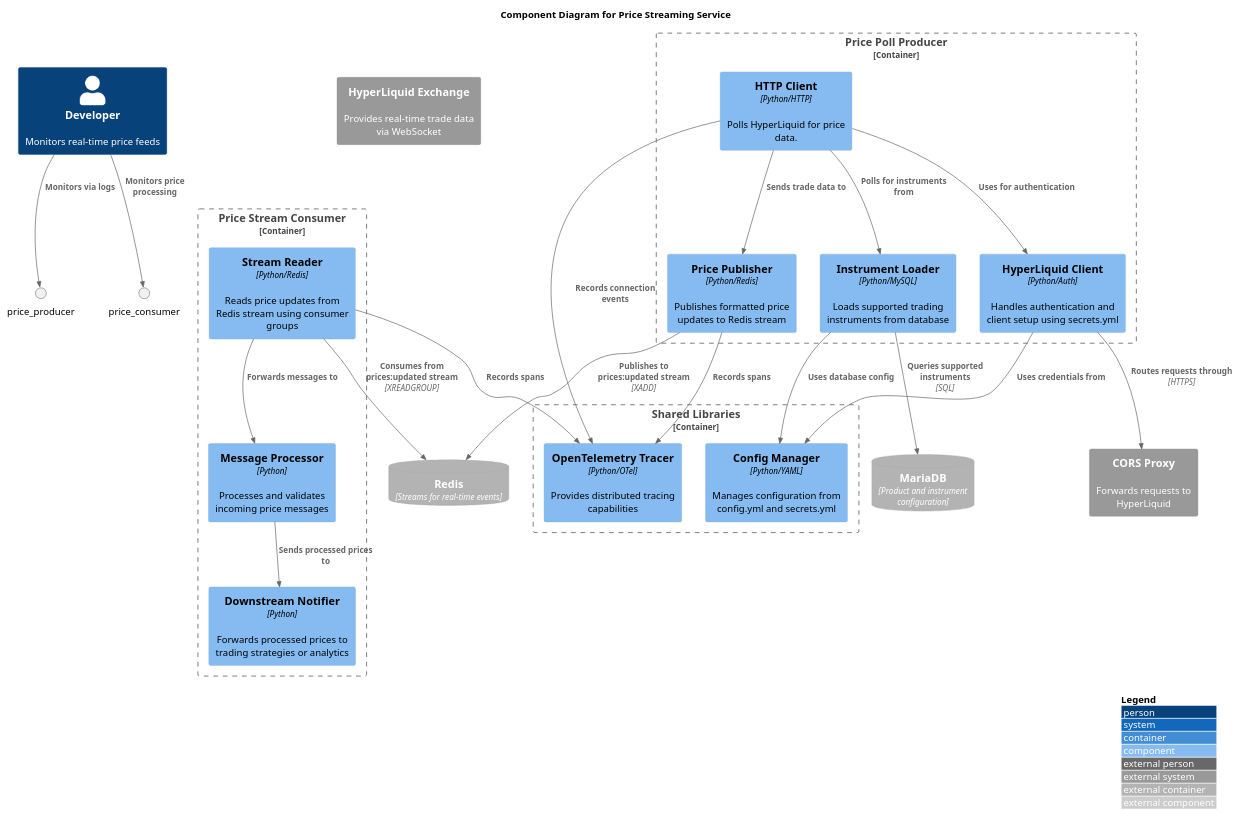
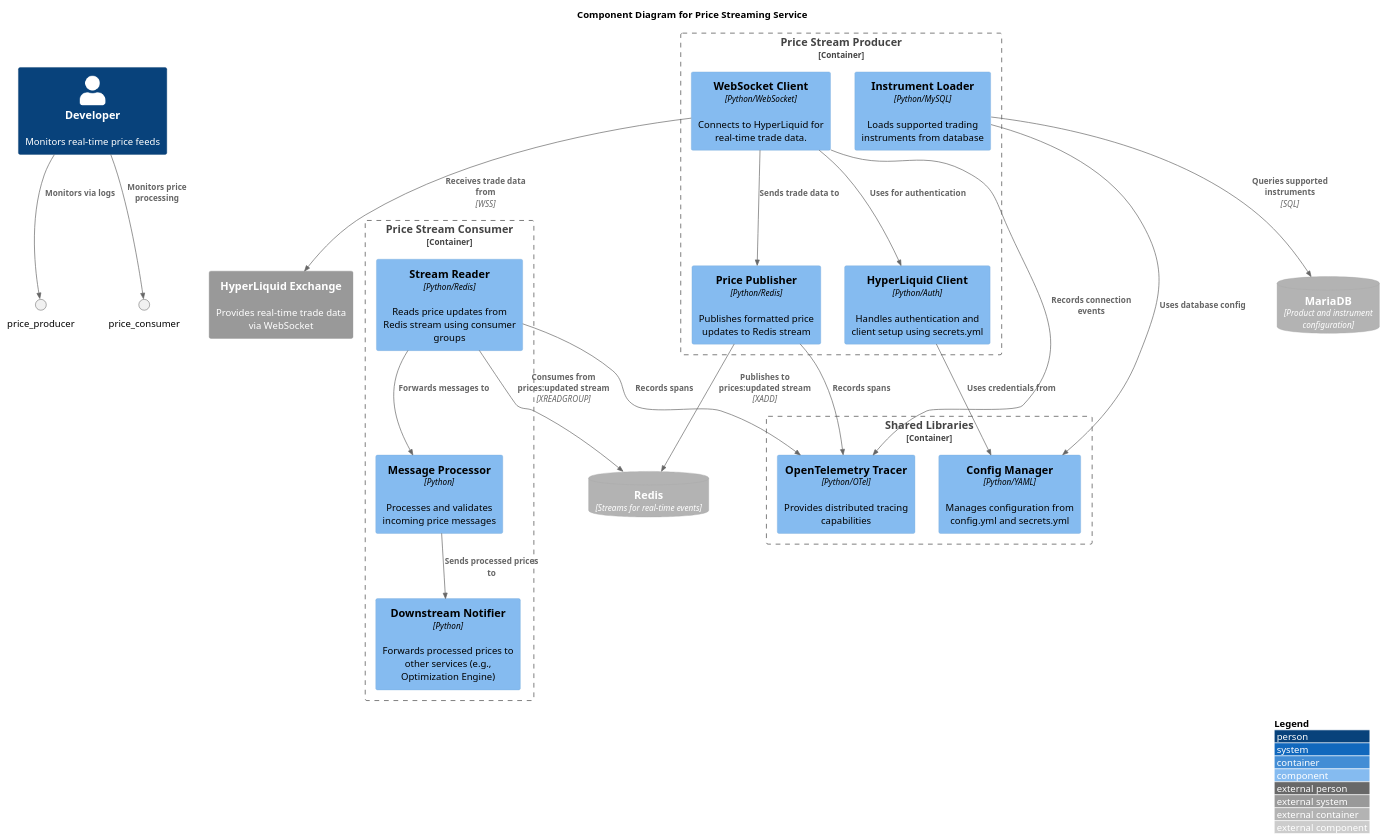
One commit to tttrisagion/3T changed the diagram in docs/arch/level-3-price-streaming.puml. Above: the diagram before and after it, drawn with PlantUML. The commit also changed 23 other files, not shown here.

Commit message:
updated diagrams based on latest changes

```diff
--- a/docs/arch/level-3-price-streaming.puml
+++ b/docs/arch/level-3-price-streaming.puml
@@ -1,55 +1,54 @@
 @startuml Price Streaming Service Components
+
 !include <C4/C4_Component.puml>
 
 LAYOUT_WITH_LEGEND()
 LAYOUT_TOP_DOWN()
 
 title Component Diagram for Price Streaming Service
 
 Person(developer, "Developer", "Monitors real-time price feeds")
 System_Ext(hyperliquid, "HyperLiquid Exchange", "Provides real-time trade data via WebSocket")
-System_Ext(cors_proxy, "CORS Proxy", "Forwards requests to HyperLiquid")
 ContainerDb_Ext(redis, "Redis", "Streams for real-time events")
 ContainerDb_Ext(mariadb, "MariaDB", "Product and instrument configuration")
 
-Container_Boundary(price_stream_producer, "Price Poll Producer") {
-    Component(http_client, "HTTP Client", "Python/HTTP", "Polls HyperLiquid for price data.")
+Container_Boundary(price_stream_producer, "Price Stream Producer") {
+    Component(websocket_client, "WebSocket Client", "Python/WebSocket", "Connects to HyperLiquid for real-time trade data.")
     Component(price_publisher, "Price Publisher", "Python/Redis", "Publishes formatted price updates to Redis stream")
     Component(instrument_loader, "Instrument Loader", "Python/MySQL", "Loads supported trading instruments from database")
     Component(hyperliquid_client, "HyperLiquid Client", "Python/Auth", "Handles authentication and client setup using secrets.yml")
 }
 
 Container_Boundary(price_stream_consumer, "Price Stream Consumer") {
     Component(stream_reader, "Stream Reader", "Python/Redis", "Reads price updates from Redis stream using consumer groups")
     Component(message_processor, "Message Processor", "Python", "Processes and validates incoming price messages")
-    Component(downstream_notifier, "Downstream Notifier", "Python", "Forwards processed prices to trading strategies or analytics")
+    Component(downstream_notifier, "Downstream Notifier", "Python", "Forwards processed prices to other services (e.g., Optimization Engine)")
 }
 
 Container_Boundary(shared_libs, "Shared Libraries") {
     Component(config_manager, "Config Manager", "Python/YAML", "Manages configuration from config.yml and secrets.yml")
     Component(tracer, "OpenTelemetry Tracer", "Python/OTel", "Provides distributed tracing capabilities")
 }
 
 Rel(developer, price_producer, "Monitors via logs")
 Rel(developer, price_consumer, "Monitors price processing")
 
 Rel(hyperliquid_client, config_manager, "Uses credentials from")
-Rel(hyperliquid_client, cors_proxy, "Routes requests through", "HTTPS")
-Rel(http_client, hyperliquid_client, "Uses for authentication")
+Rel(websocket_client, hyperliquid_client, "Uses for authentication")
+Rel(websocket_client, hyperliquid, "Receives trade data from", "WSS")
 
 Rel(instrument_loader, mariadb, "Queries supported instruments", "SQL")
 Rel(instrument_loader, config_manager, "Uses database config")
-Rel(http_client, instrument_loader, "Polls for instruments from")
 
-Rel(http_client, price_publisher, "Sends trade data to")
+Rel(websocket_client, price_publisher, "Sends trade data to")
 Rel(price_publisher, redis, "Publishes to prices:updated stream", "XADD")
 
 Rel(stream_reader, redis, "Consumes from prices:updated stream", "XREADGROUP")
 Rel(stream_reader, message_processor, "Forwards messages to")
 Rel(message_processor, downstream_notifier, "Sends processed prices to")
 
 Rel(price_publisher, tracer, "Records spans")
 Rel(stream_reader, tracer, "Records spans")
-Rel(http_client, tracer, "Records connection events")
+Rel(websocket_client, tracer, "Records connection events")
 
 @enduml
```
